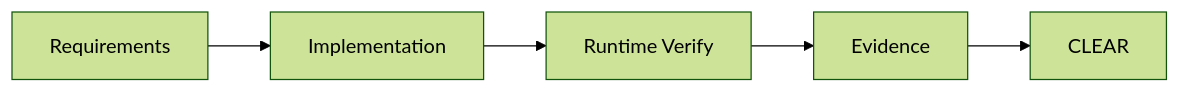
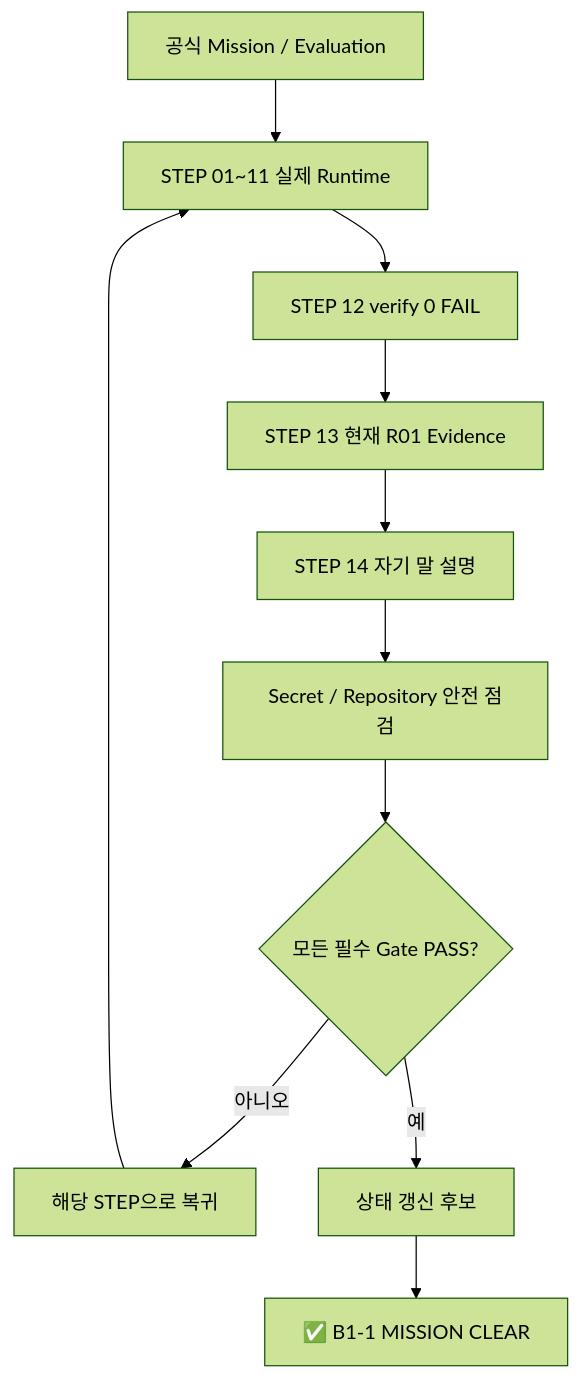
Before and after one commit to MetaStudy999/codyssey-basic-b1-1-system-monitor: diagram 15 of 15 in training/round-01-clear/BEGINNER-GUIDE.md, drawn with Mermaid (forest theme). The commit also changed other lines of this file and 2 other files, not shown here.

Commit message:
docs: harden B1-1 STEP 15 final CLEAR gate

````diff
--- a/training/round-01-clear/BEGINNER-GUIDE.md
+++ b/training/round-01-clear/BEGINNER-GUIDE.md
@@ -7646,4 +7666,13 @@
 ```mermaid
-flowchart LR
-    A[Requirements] --> B[Implementation] --> C[Runtime Verify] --> D[Evidence] --> E[CLEAR]
+flowchart TD
+    A[공식 Mission / Evaluation] --> B[STEP 01~11 실제 Runtime]
+    B --> C[STEP 12 verify 0 FAIL]
+    C --> D[STEP 13 현재 R01 Evidence]
+    D --> E[STEP 14 자기 말 설명]
+    E --> F[Secret / Repository 안전 점검]
+    F --> G{모든 필수 Gate PASS?}
+    G -->|아니오| H[해당 STEP으로 복귀]
+    H --> B
+    G -->|예| I[상태 갱신 후보]
+    I --> J[✅ B1-1 MISSION CLEAR]
 ```
````
